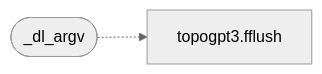
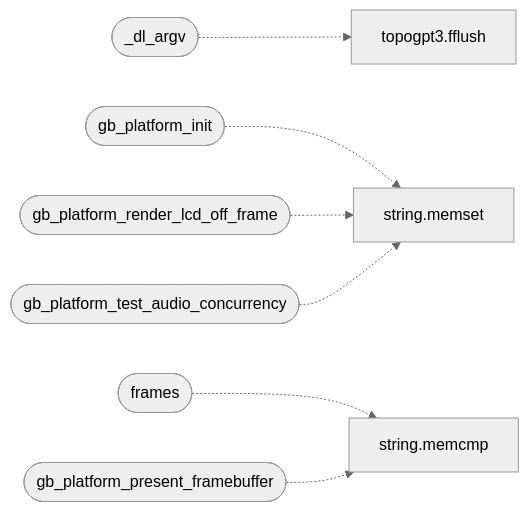
Before and after one commit to grisuno/miniOS: the diagram in readmenator-apidocs/modules/progs.pokemon.platform_minios.c.md, drawn with Mermaid (neutral theme). The commit also changed other lines of this file and 222 other files, not shown here.

````diff
--- a/readmenator-apidocs/modules/progs.pokemon.platform_minios.c.md
+++ b/readmenator-apidocs/modules/progs.pokemon.platform_minios.c.md
@@ -15,6 +15,18 @@
 ```mermaid
 flowchart LR
     n_progs_pokemon_platform_minios_c___dl_argv(["_dl_argv"])
     n_progs_topogpt3_topogpt3_c__fflush["topogpt3.fflush"]
+    n_progs_pokemon_platform_minios_c__gb_platform_init(["gb_platform_init"])
+    n_kernel_string_c__memset["string.memset"]
+    n_progs_pokemon_platform_minios_c__frames(["frames"])
+    n_kernel_string_c__memcmp["string.memcmp"]
+    n_progs_pokemon_platform_minios_c__gb_platform_present_framebuffer(["gb_platform_present_framebuffer"])
+    n_progs_pokemon_platform_minios_c__gb_platform_render_lcd_off_frame(["gb_platform_render_lcd_off_frame"])
+    n_progs_pokemon_platform_minios_c__gb_platform_test_audio_concurrency(["gb_platform_test_audio_concurrency"])
     n_progs_pokemon_platform_minios_c___dl_argv -.-> n_progs_topogpt3_topogpt3_c__fflush
+    n_progs_pokemon_platform_minios_c__gb_platform_init -.-> n_kernel_string_c__memset
+    n_progs_pokemon_platform_minios_c__frames -.-> n_kernel_string_c__memcmp
+    n_progs_pokemon_platform_minios_c__gb_platform_present_framebuffer -.-> n_kernel_string_c__memcmp
+    n_progs_pokemon_platform_minios_c__gb_platform_render_lcd_off_frame -.-> n_kernel_string_c__memset
+    n_progs_pokemon_platform_minios_c__gb_platform_test_audio_concurrency -.-> n_kernel_string_c__memset
 ```
````
